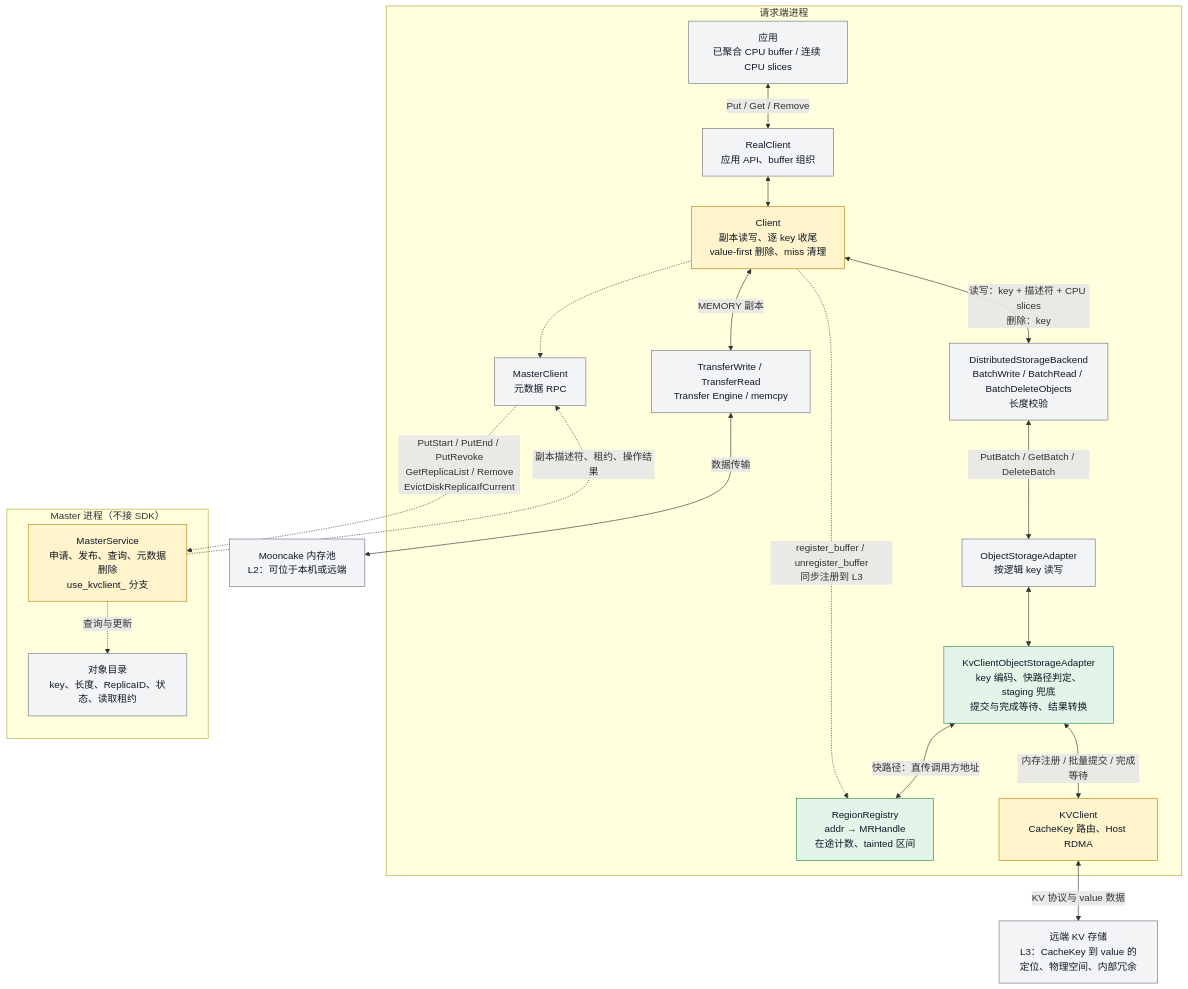
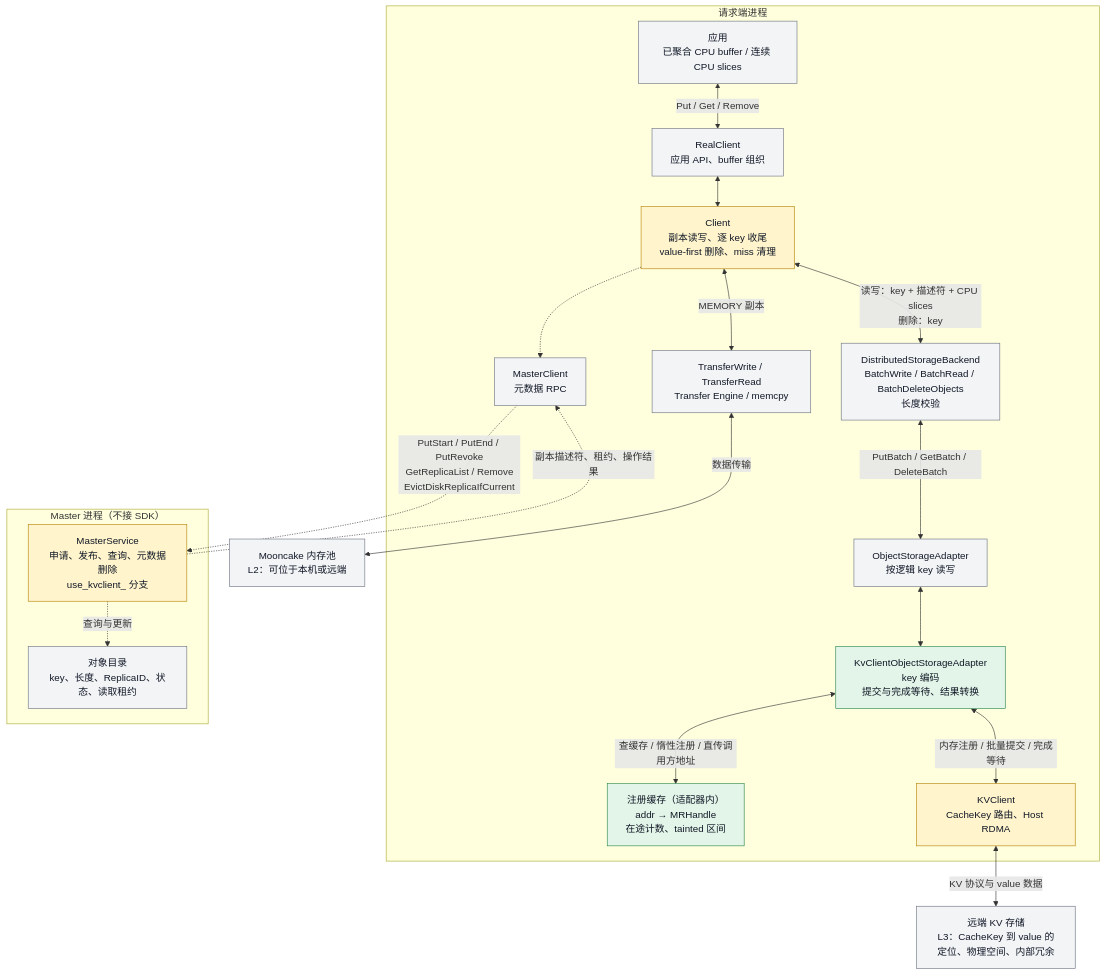
One commit to zwj20000328-dotcom/Mooncake-documents changed the first of 13 diagrams in Mooncake + KVClient L3 接入（Kvcs）- v3.md. Above: the diagram before and after it, drawn with Mermaid. The commit also changed other lines of this file, not shown here.

First line of the commit message:
docs: register original buffers inside the adapter, not through Client

````diff
--- a/Mooncake + KVClient L3 接入（Kvcs）- v3.md
+++ b/Mooncake + KVClient L3 接入（Kvcs）- v3.md
@@ -69,48 +68,47 @@
 ```mermaid
 flowchart TB
     subgraph Request["请求端进程"]
         A["应用<br/>已聚合 CPU buffer / 连续 CPU slices"]
         R["RealClient<br/>应用 API、buffer 组织"]
         C["Client<br/>副本读写、逐 key 收尾<br/>value-first 删除、miss 清理"]
         RPC["MasterClient<br/>元数据 RPC"]
         TE["TransferWrite / TransferRead<br/>Transfer Engine / memcpy"]
         B["DistributedStorageBackend<br/>BatchWrite / BatchRead / BatchDeleteObjects<br/>长度校验"]
         O["ObjectStorageAdapter<br/>按逻辑 key 读写"]
-        K["KvClientObjectStorageAdapter<br/>key 编码、快路径判定、staging 兜底<br/>提交与完成等待、结果转换"]
-        REG["RegionRegistry<br/>addr → MRHandle<br/>在途计数、tainted 区间"]
+        K["KvClientObjectStorageAdapter<br/>key 编码<br/>提交与完成等待、结果转换"]
+        REG["注册缓存（适配器内）<br/>addr → MRHandle<br/>在途计数、tainted 区间"]
         SDK["KVClient<br/>CacheKey 路由、Host RDMA"]
 
         A <-->|"Put / Get / Remove"| R
         R <--> C
         C -.-> RPC
         C <-->|"MEMORY 副本"| TE
         C <-->|"读写：key + 描述符 + CPU slices<br/>删除：key"| B
-        C -.->|"register_buffer / unregister_buffer<br/>同步注册到 L3"| REG
         B <-->|"PutBatch / GetBatch / DeleteBatch"| O
         O <--> K
-        K <-->|"快路径：直传调用方地址"| REG
+        K <-->|"查缓存 / 惰性注册 / 直传调用方地址"| REG
         K <-->|"内存注册 / 批量提交 / 完成等待"| SDK
     end
 
     subgraph Master["Master 进程（不接 SDK）"]
         M["MasterService<br/>申请、发布、查询、元数据删除<br/>use_kvclient_ 分支"]
         META["对象目录<br/>key、长度、ReplicaID、状态、读取租约"]
 
         M -.->|"查询与更新"| META
     end
 
     RAM["Mooncake 内存池<br/>L2：可位于本机或远端"]
     S["远端 KV 存储<br/>L3：CacheKey 到 value 的定位、物理空间、内部冗余"]
 
     RPC -.->|"PutStart / PutEnd / PutRevoke<br/>GetReplicaList / Remove<br/>EvictDiskReplicaIfCurrent"| M
     M -.->|"副本描述符、租约、操作结果"| RPC
     TE <-->|"数据传输"| RAM
     SDK <-->|"KV 协议与 value 数据"| S
 
     classDef existing fill:#f3f4f6,stroke:#6b7280,color:#111827;
     classDef changed fill:#fff4cc,stroke:#b58105,color:#111827;
     classDef added fill:#e3f5e8,stroke:#28864b,color:#111827;
     class A,R,RPC,TE,B,O,META,RAM,S existing;
     class C,SDK,M changed;
     class K,REG added;
 ```
````
